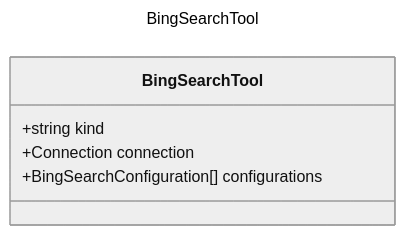
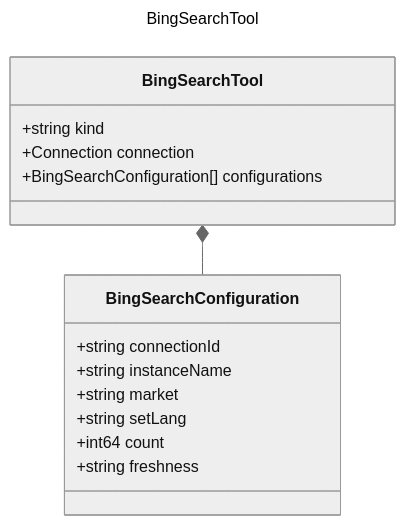
The diagram in specification/prompty/docs/BingSearchTool.md (microsoft/prompty), drawn with Mermaid (neutral theme) before and after one commit. The commit also changed 12 other files, not shown here.

Commit message:
renforced compositional types into diagrams

````diff
--- a/specification/prompty/docs/BingSearchTool.md
+++ b/specification/prompty/docs/BingSearchTool.md
@@ -7,11 +7,20 @@
 ```mermaid
 ---
 title: BingSearchTool
 ---
 classDiagram
     class BingSearchTool {
         +string kind
         +Connection connection
         +BingSearchConfiguration[] configurations
     }
+    class BingSearchConfiguration {
+        +string connectionId
+        +string instanceName
+        +string market
+        +string setLang
+        +int64 count
+        +string freshness
+    }
+    BingSearchTool *-- BingSearchConfiguration
 ```
````
